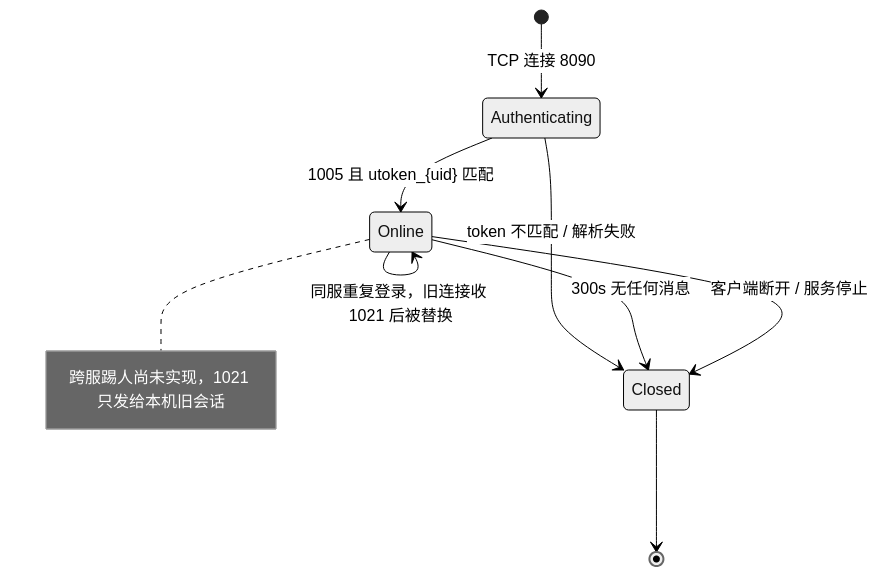
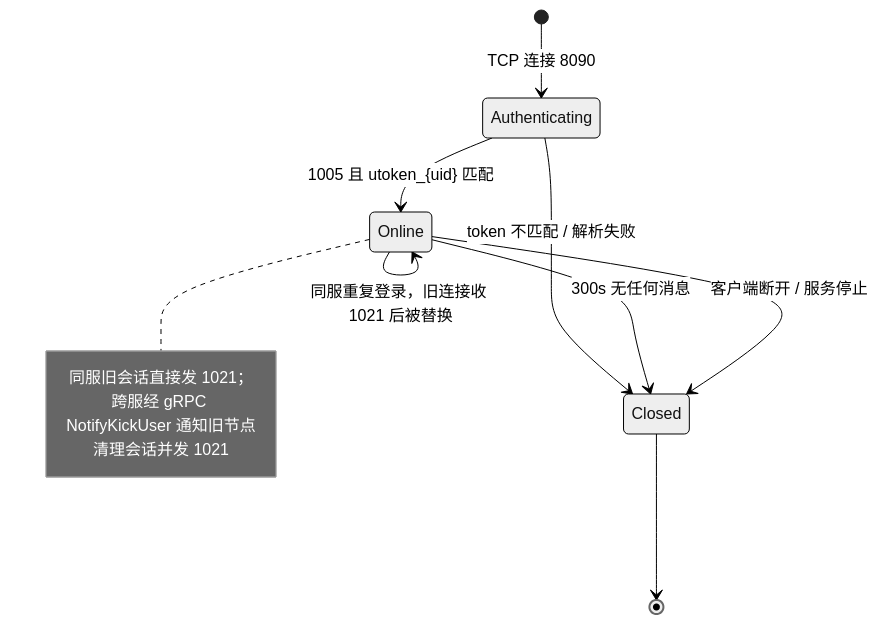
One commit to zyuhao7/WeChat changed the tenth of 14 diagrams in docs/diagrams.md. Above: the diagram before and after it, drawn with Mermaid (neutral theme). The commit also changed 2 other files, not shown here.

Commit message:
docs: align reconnect and cross-server kick with the implementation
The client now retries interrupted connections with exponential backoff
while keeping the session, and a duplicate login on another node is
kicked through gRPC NotifyKickUser. Drop the stale "not implemented"
notes so the architecture docs and the session-lifecycle diagram match
the code.

````diff
--- a/docs/diagrams.md
+++ b/docs/diagrams.md
@@ -249,12 +249,12 @@
 ```mermaid
 stateDiagram-v2
     [*] --> Authenticating: TCP 连接 8090
     Authenticating --> Online: 1005 且 utoken_{uid} 匹配
     Authenticating --> Closed: token 不匹配 / 解析失败
     Online --> Online: 1023 心跳 · 收发消息
     Online --> Online: 同服重复登录，旧连接收 1021 后被替换
     Online --> Closed: 300s 无任何消息
     Online --> Closed: 客户端断开 / 服务停止
     Closed --> [*]
-    note right of Online: 跨服踢人尚未实现，1021 只发给本机旧会话
+    note right of Online: 同服旧会话直接发 1021；跨服经 gRPC NotifyKickUser 通知旧节点清理会话并发 1021
 ```
````
